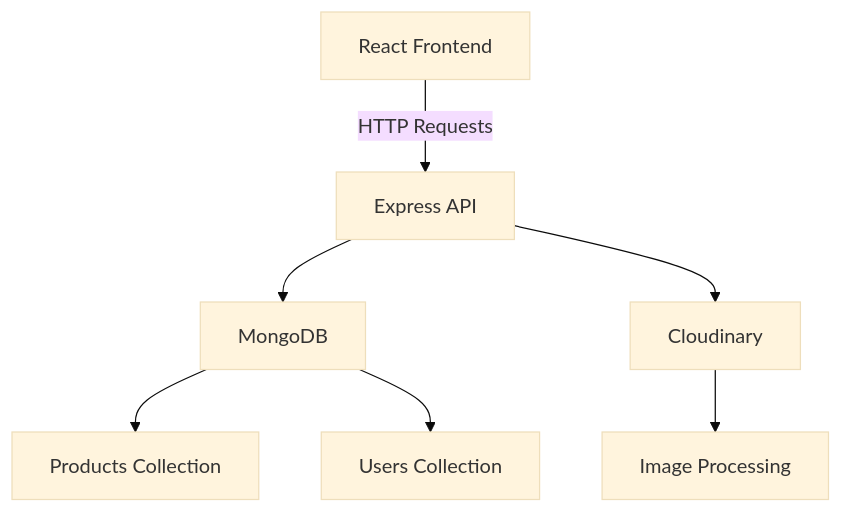
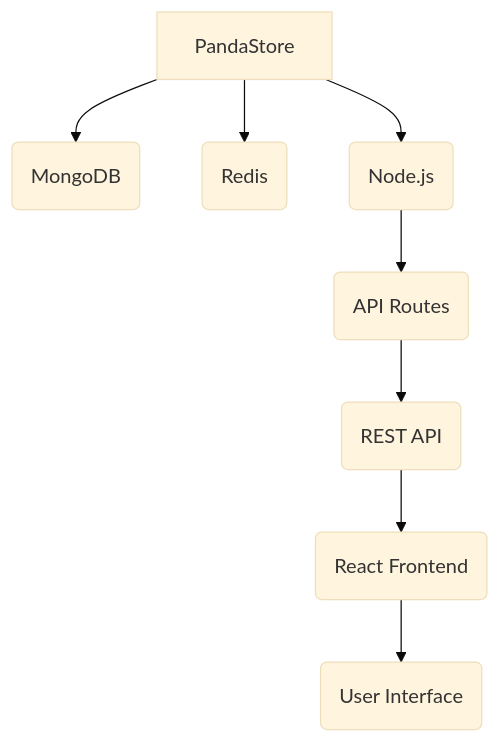
One commit to abdessamad10bouih/PandaStore changed the diagram in README.md. Above: the diagram before and after it, drawn with Mermaid (base theme). The commit also changed other lines of this file, not shown here.

````diff
--- a/README.md
+++ b/README.md
@@ -135,9 +127,10 @@
 ```mermaid
 graph TD
-    A[React Frontend] -->|HTTP Requests| B[Express API]
-    B --> C[MongoDB]
-    B --> D[Cloudinary]
-    C --> E[Products Collection]
-    C --> F[Users Collection]
-    D --> G[Image Processing]
+    A[PandaStore] --> B(MongoDB)
+    A --> C(Redis)
+    A --> D(Node.js)
+    D --> E(API Routes)
+    E --> F(REST API)
+    F --> G(React Frontend)
+    G --> H(User Interface)
 ```
````
